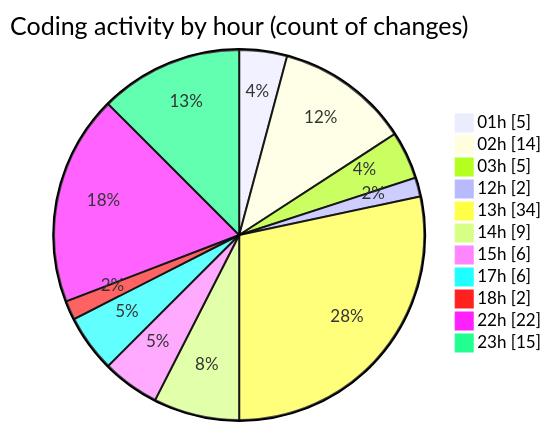
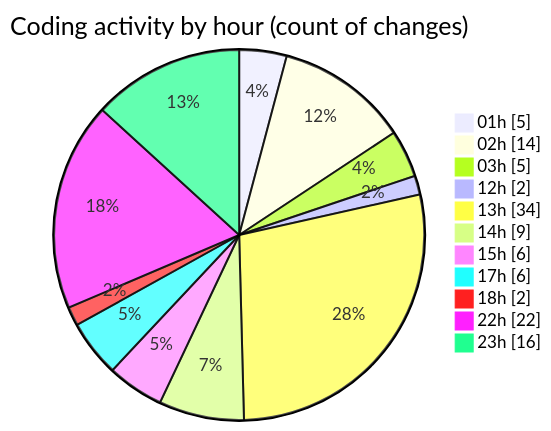
Before and after one commit to julien-gomy/code-tracking: the second of 2 diagrams in 2025-10-23/eventscop-frontend-guide__workspace_/README.md, drawn with Mermaid. The commit also changed other lines of this file and 1 other file, not shown here.

````diff
--- a/2025-10-23/eventscop-frontend-guide__workspace_/README.md
+++ b/2025-10-23/eventscop-frontend-guide__workspace_/README.md
@@ -51,15 +52,15 @@
 ```mermaid
 pie showData
 title Coding activity by hour (count of changes)
 "01h" : 5
 "02h" : 14
 "03h" : 5
 "12h" : 2
 "13h" : 34
 "14h" : 9
 "15h" : 6
 "17h" : 6
 "18h" : 2
 "22h" : 22
-"23h" : 15
+"23h" : 16
 ```
````
